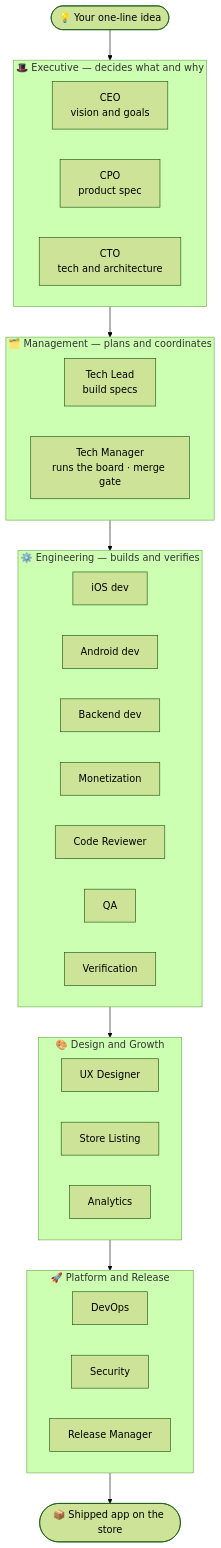
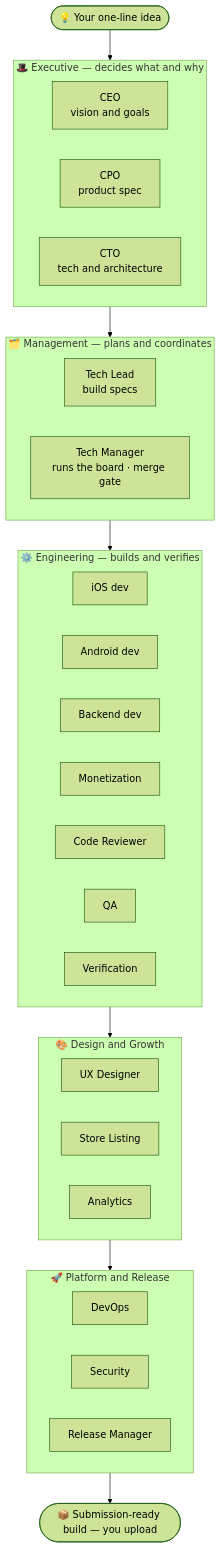
One commit to vmobifystudio/app-dev-team changed the first of 3 diagrams in README.md. Above: the diagram before and after it, drawn with Mermaid (forest theme). The commit also changed other lines of this file and 7 other files, not shown here.

````diff
--- a/README.md
+++ b/README.md
@@ -60,44 +60,44 @@
 ```mermaid
 flowchart TD
     idea([💡 Your one-line idea])
 
     subgraph EXEC["🎩 Executive — decides what and why"]
         direction LR
         CEO[CEO<br/>vision and goals]
         CPO[CPO<br/>product spec]
         CTO[CTO<br/>tech and architecture]
     end
 
     subgraph MGMT["🗂️ Management — plans and coordinates"]
         direction LR
         TL[Tech Lead<br/>build specs]
         TM[Tech Manager<br/>runs the board · merge gate]
     end
 
     subgraph ENG["⚙️ Engineering — builds and verifies"]
         direction LR
         IOS[iOS dev]
         AND[Android dev]
         BE[Backend dev]
         MON[Monetization]
         REV[Code Reviewer]
         QA[QA]
         VER[Verification]
     end
 
     subgraph GROW["🎨 Design and Growth"]
         direction LR
         UX[UX Designer]
         ASO[Store Listing]
         DATA[Analytics]
     end
 
     subgraph REL["🚀 Platform and Release"]
         direction LR
         OPS[DevOps]
         SEC[Security]
         RM[Release Manager]
     end
 
-    idea --> EXEC --> MGMT --> ENG --> GROW --> REL --> ship([📦 Shipped app on the store])
+    idea --> EXEC --> MGMT --> ENG --> GROW --> REL --> ship([📦 Submission-ready build — you upload])
 ```
````
